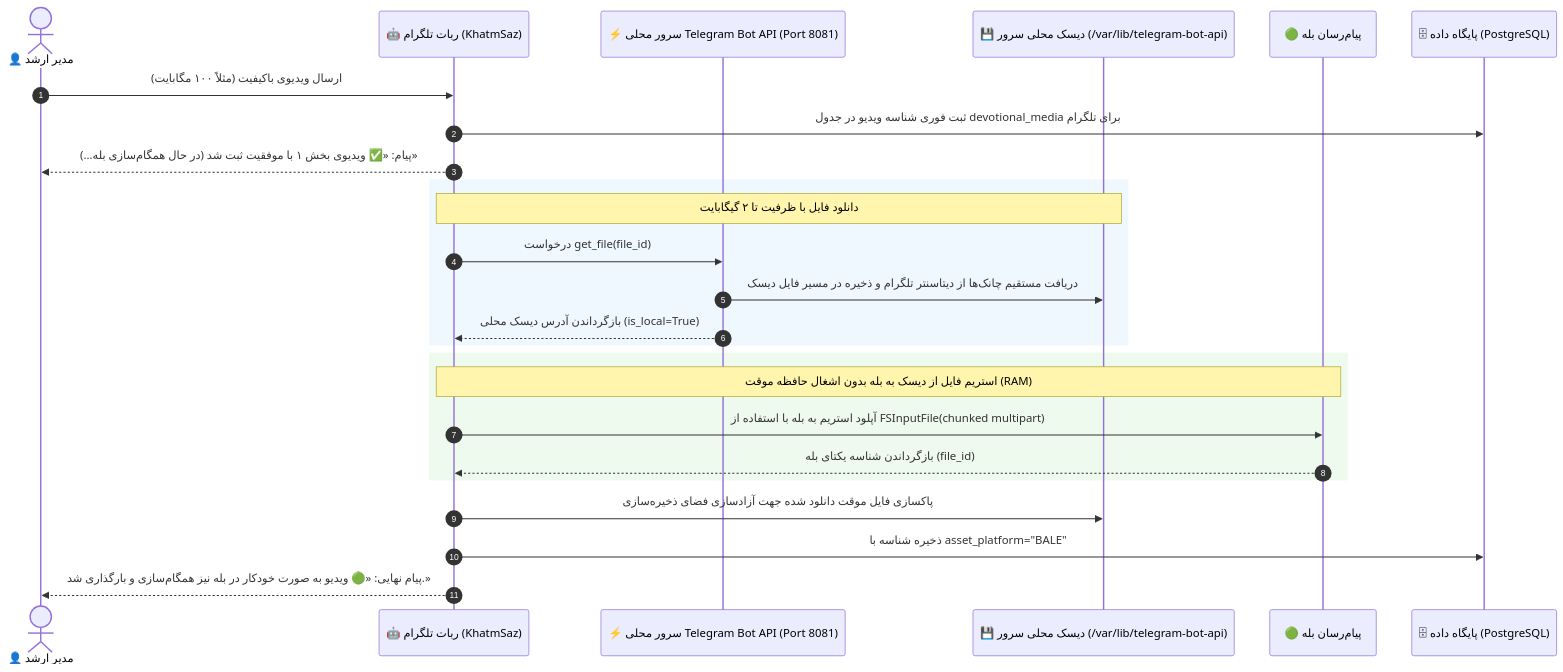
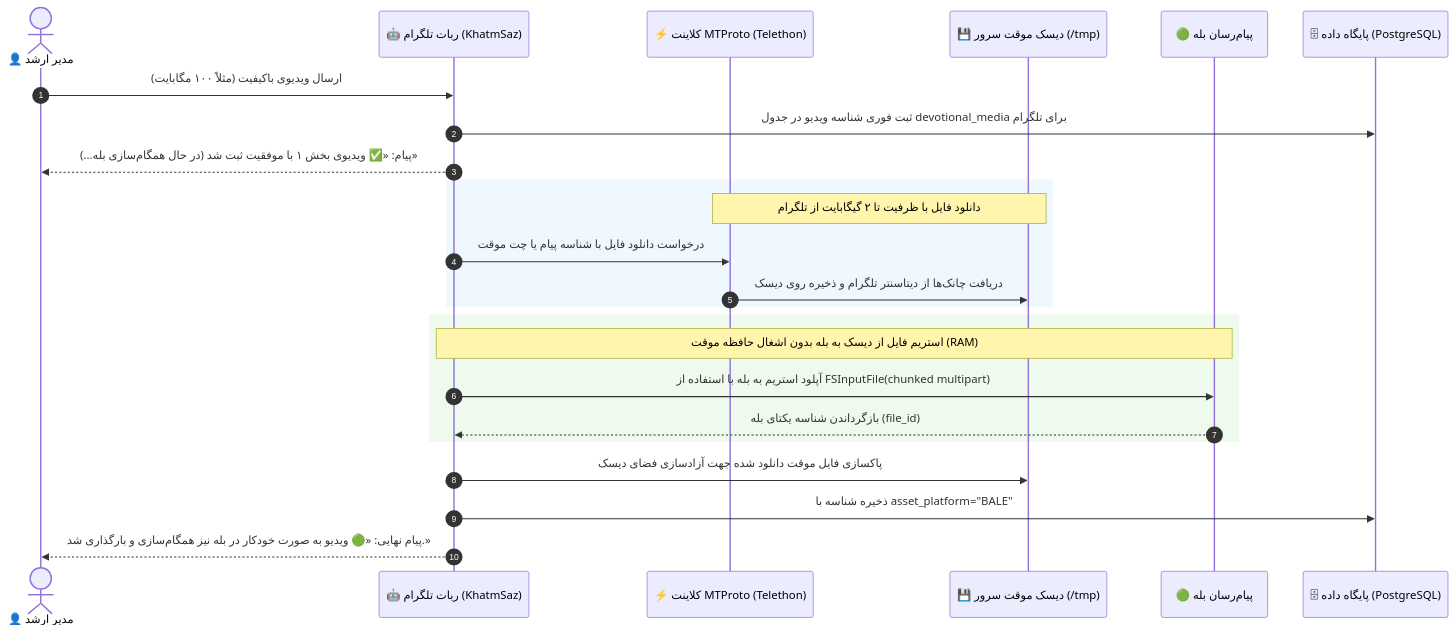
The diagram in docs/ai/masters/MASTER_23_LARGE_FILE_TELEGRAM_LOCAL_BOT_API_SUPPORT.md (elyas5203/KhatmSaz-), drawn with Mermaid before and after one commit. The commit also changed other lines of this file and 7 other files, not shown here.

Commit message:
feat(media): telethon MTProto downloader for large files up to 2GB and complete Bale mirroring (MASTER-23)

````diff
--- a/docs/ai/masters/MASTER_23_LARGE_FILE_TELEGRAM_LOCAL_BOT_API_SUPPORT.md
+++ b/docs/ai/masters/MASTER_23_LARGE_FILE_TELEGRAM_LOCAL_BOT_API_SUPPORT.md
@@ -43,31 +47,30 @@
 ```mermaid
 sequenceDiagram
     autonumber
     actor Admin as 👤 مدیر ارشد
     participant TG as 🤖 ربات تلگرام (KhatmSaz)
-    participant LocalAPI as ⚡ سرور محلی Telegram Bot API (Port 8081)
-    participant Disk as 💾 دیسک محلی سرور (/var/lib/telegram-bot-api)
+    participant MTProto as ⚡ کلاینت MTProto (Telethon)
+    participant Disk as 💾 دیسک موقت سرور (/tmp)
     participant Bale as 🟢 پیام‌رسان بله
     participant DB as 🗄 پایگاه داده (PostgreSQL)
 
     Admin->>TG: ارسال ویدیوی باکیفیت (مثلاً ۱۰۰ مگابایت)
     TG->>DB: ثبت فوری شناسه ویدیو در جدول devotional_media برای تلگرام
     TG-->>Admin: پیام: «✅ ویدیوی بخش ۱ با موفقیت ثبت شد (در حال همگام‌سازی بله...)»
     
     rect rgb(240, 248, 255)
-    Note over TG,Disk: دانلود فایل با ظرفیت تا ۲ گیگابایت
-    TG->>LocalAPI: درخواست get_file(file_id)
-    LocalAPI->>Disk: دریافت مستقیم چانک‌ها از دیتاسنتر تلگرام و ذخیره در مسیر فایل دیسک
-    LocalAPI-->>TG: بازگرداندن آدرس دیسک محلی (is_local=True)
+    Note over MTProto,Disk: دانلود فایل با ظرفیت تا ۲ گیگابایت از تلگرام
+    TG->>MTProto: درخواست دانلود فایل با شناسه پیام یا چت موقت
+    MTProto->>Disk: دریافت چانک‌ها از دیتاسنتر تلگرام و ذخیره روی دیسک
     end
 
     rect rgb(238, 250, 238)
     Note over TG,Bale: استریم فایل از دیسک به بله بدون اشغال حافظه موقت (RAM)
     TG->>Bale: آپلود استریم به بله با استفاده از FSInputFile(chunked multipart)
     Bale-->>TG: بازگرداندن شناسه یکتای بله (file_id)
     end
 
-    TG->>Disk: پاکسازی فایل موقت دانلود شده جهت آزادسازی فضای ذخیره‌سازی
+    TG->>Disk: پاکسازی فایل موقت دانلود شده جهت آزادسازی فضای دیسک
     TG->>DB: ذخیره شناسه با asset_platform="BALE"
     TG-->>Admin: پیام نهایی: «🟢 ویدیو به صورت خودکار در بله نیز همگام‌سازی و بارگذاری شد.»
 ```
````
